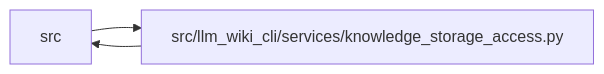
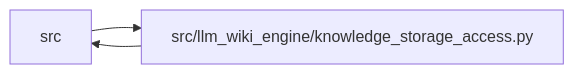
Before and after one commit to Denissvgn/python-wiki-llm: the diagram in docs/llm_wiki/modules/knowledge_storage_access.md, drawn with Mermaid. The commit also changed other lines of this file and 1058 other files, not shown here.

First line of the commit message:
docs: refresh the wiki for the knowledge store move

````diff
--- a/docs/llm_wiki/modules/knowledge_storage_access.md
+++ b/docs/llm_wiki/modules/knowledge_storage_access.md
@@ -41,8 +42,8 @@
 ```mermaid
 flowchart LR
     n0["src"]
-    n1["src/llm_wiki_cli/services/knowledge_storage_access.py"]
+    n1["src/llm_wiki_engine/knowledge_storage_access.py"]
     n0 --> n1
     n1 --> n0
     click n1 "../modules/knowledge_storage_access.md"
 ```
````
